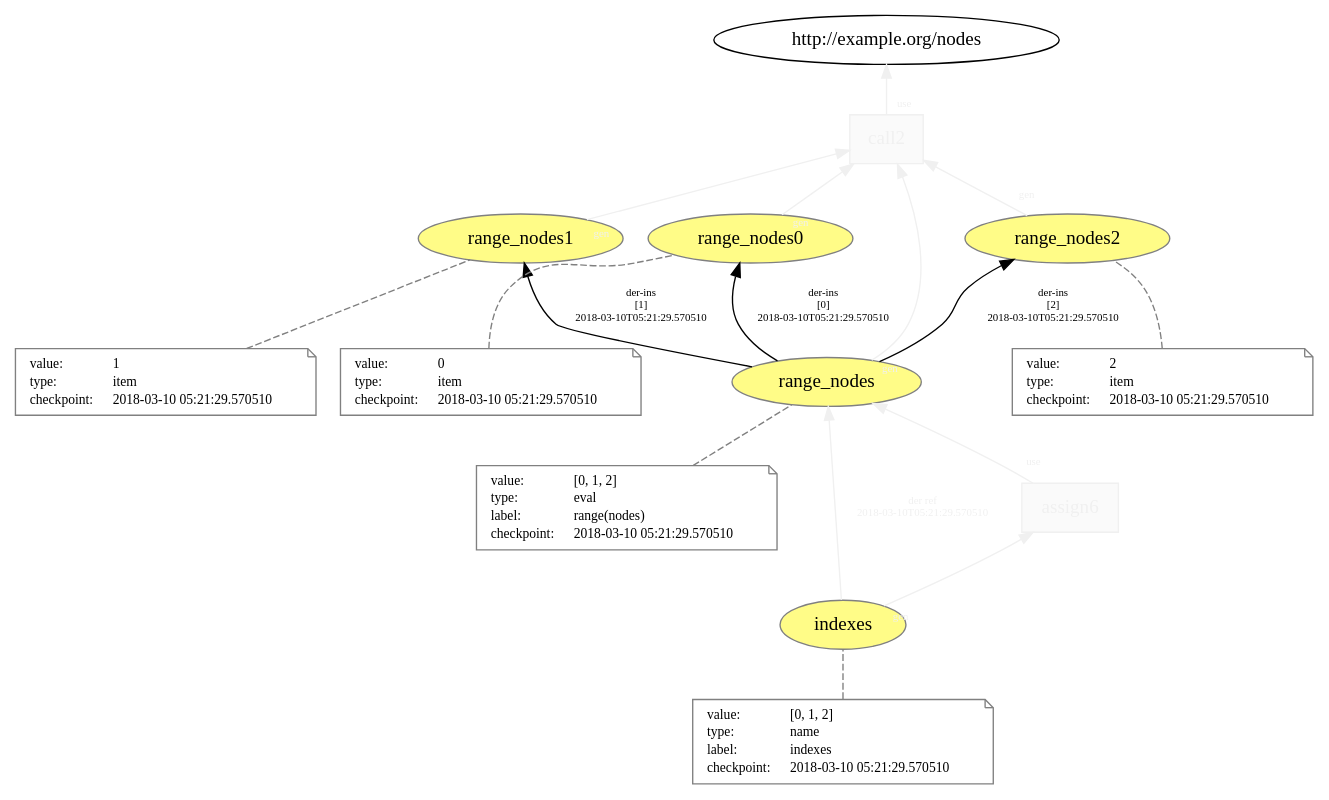
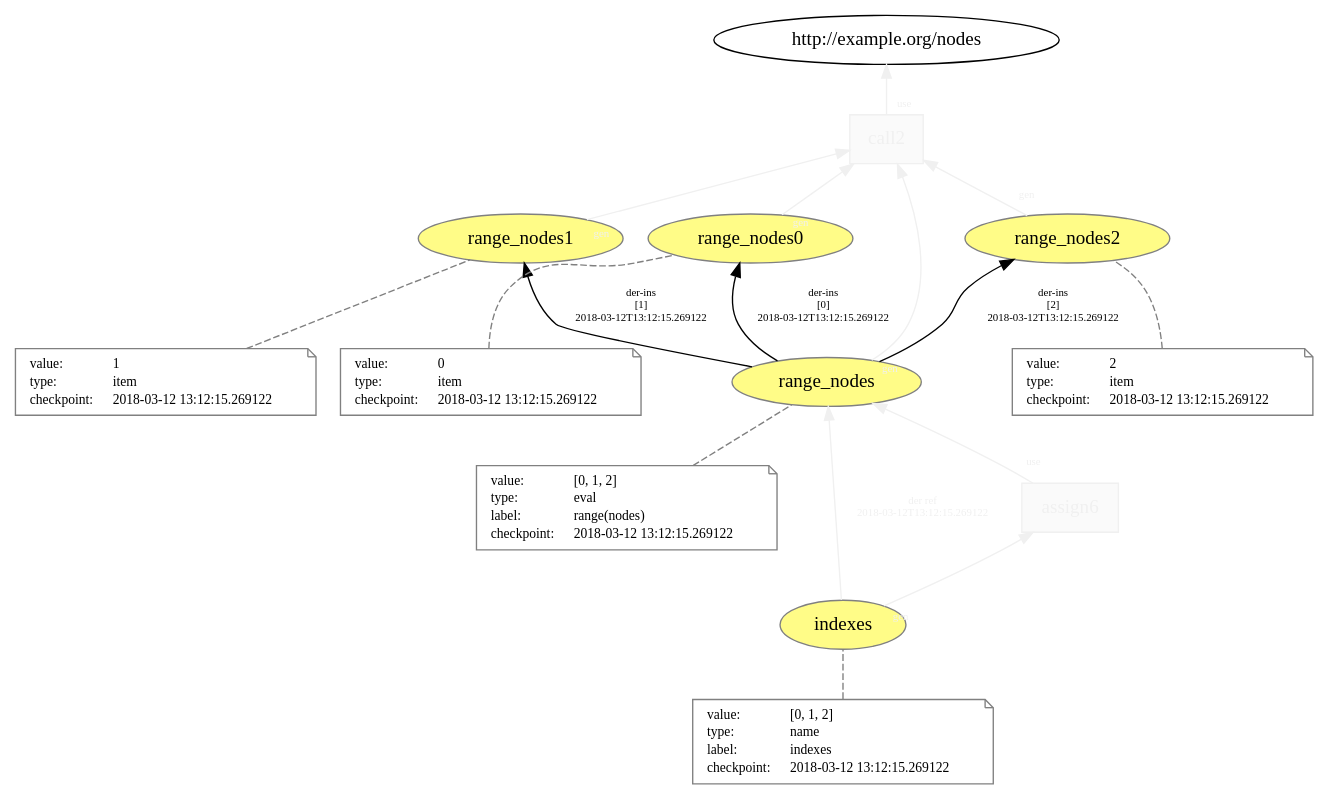
One commit to dew-uff/versioned-prov changed the diagram in generated/versioned_prov/temp/L11__func_call__list_assign.dot. Above: the diagram before and after it, drawn with Graphviz. The commit also changed 327 other files, not shown here.

```diff
--- a/generated/versioned_prov/temp/L11__func_call__list_assign.dot
+++ b/generated/versioned_prov/temp/L11__func_call__list_assign.dot
@@ -1,110 +1,110 @@
 digraph "PROV" { size="16,12"; rankdir="BT";
 "http://example.org/range_nodes" [fillcolor="#FFFC87",color="#808080",style="filled",label="range_nodes",URL="http://example.org/range_nodes"]
 "-attrs0" [color="gray",shape="note",fontsize="10",fontcolor="black",label=<<TABLE cellpadding="0" border="0">
 	<TR>
 	    <TD align="left">value:</TD>
 	    <TD align="left">[0, 1, 2]</TD>
 	</TR>
 	<TR>
 	    <TD align="left">type:</TD>
 	    <TD align="left">eval</TD>
 	</TR>
 	<TR>
 	    <TD align="left">label:</TD>
 	    <TD align="left">range(nodes)</TD>
 	</TR>
 	<TR>
 	    <TD align="left">checkpoint:</TD>
-	    <TD align="left">2018-03-10 05:21:29.570510</TD>
+	    <TD align="left">2018-03-12 13:12:15.269122</TD>
 	</TR>
 </TABLE>>]
 "-attrs0" -> "http://example.org/range_nodes" [color="gray",style="dashed",arrowhead="none"]
 "http://example.org/range_nodes0" [fillcolor="#FFFC87",color="#808080",style="filled",label="range_nodes0",URL="http://example.org/range_nodes0"]
 "-attrs1" [color="gray",shape="note",fontsize="10",fontcolor="black",label=<<TABLE cellpadding="0" border="0">
 	<TR>
 	    <TD align="left">value:</TD>
 	    <TD align="left">0</TD>
 	</TR>
 	<TR>
 	    <TD align="left">type:</TD>
 	    <TD align="left">item</TD>
 	</TR>
 	<TR>
 	    <TD align="left">checkpoint:</TD>
-	    <TD align="left">2018-03-10 05:21:29.570510</TD>
+	    <TD align="left">2018-03-12 13:12:15.269122</TD>
 	</TR>
 </TABLE>>]
 "-attrs1" -> "http://example.org/range_nodes0" [color="gray",style="dashed",arrowhead="none"]
 "http://example.org/range_nodes" -> "http://example.org/range_nodes0" [fontsize="8",distance="1.5",angle="60.0",rotation="20",label="der-ins
 [0]
-2018-03-10T05:21:29.570510"]
+2018-03-12T13:12:15.269122"]
 "http://example.org/range_nodes1" [fillcolor="#FFFC87",color="#808080",style="filled",label="range_nodes1",URL="http://example.org/range_nodes1"]
 "-attrs2" [color="gray",shape="note",fontsize="10",fontcolor="black",label=<<TABLE cellpadding="0" border="0">
 	<TR>
 	    <TD align="left">value:</TD>
 	    <TD align="left">1</TD>
 	</TR>
 	<TR>
 	    <TD align="left">type:</TD>
 	    <TD align="left">item</TD>
 	</TR>
 	<TR>
 	    <TD align="left">checkpoint:</TD>
-	    <TD align="left">2018-03-10 05:21:29.570510</TD>
+	    <TD align="left">2018-03-12 13:12:15.269122</TD>
 	</TR>
 </TABLE>>]
 "-attrs2" -> "http://example.org/range_nodes1" [color="gray",style="dashed",arrowhead="none"]
 "http://example.org/range_nodes" -> "http://example.org/range_nodes1" [fontsize="8",distance="1.5",angle="60.0",rotation="20",label="der-ins
 [1]
-2018-03-10T05:21:29.570510"]
+2018-03-12T13:12:15.269122"]
 "http://example.org/range_nodes2" [fillcolor="#FFFC87",color="#808080",style="filled",label="range_nodes2",URL="http://example.org/range_nodes2"]
 "-attrs3" [color="gray",shape="note",fontsize="10",fontcolor="black",label=<<TABLE cellpadding="0" border="0">
 	<TR>
 	    <TD align="left">value:</TD>
 	    <TD align="left">2</TD>
 	</TR>
 	<TR>
 	    <TD align="left">type:</TD>
 	    <TD align="left">item</TD>
 	</TR>
 	<TR>
 	    <TD align="left">checkpoint:</TD>
-	    <TD align="left">2018-03-10 05:21:29.570510</TD>
+	    <TD align="left">2018-03-12 13:12:15.269122</TD>
 	</TR>
 </TABLE>>]
 "-attrs3" -> "http://example.org/range_nodes2" [color="gray",style="dashed",arrowhead="none"]
 "http://example.org/range_nodes" -> "http://example.org/range_nodes2" [fontsize="8",distance="1.5",angle="60.0",rotation="20",label="der-ins
 [2]
-2018-03-10T05:21:29.570510"]
+2018-03-12T13:12:15.269122"]
 "http://example.org/call2" [fillcolor="#FAFAFA",color="#F0F0F0",shape="polygon",sides="4",style="filled",fontcolor="#F0F0F0",label="call2",URL="http://example.org/call2"]
 "http://example.org/call2" -> "http://example.org/nodes" [labelfontsize="8",labeldistance="1.5",labelangle="60.0",rotation="20",taillabel="use",fontcolor="#F0F0F0",color="#F0F0F0"]
 "http://example.org/range_nodes" -> "http://example.org/call2" [labelfontsize="8",labeldistance="1.5",labelangle="60.0",rotation="20",taillabel="gen",fontcolor="#F0F0F0",color="#F0F0F0"]
 "http://example.org/range_nodes0" -> "http://example.org/call2" [labelfontsize="8",labeldistance="1.5",labelangle="60.0",rotation="20",taillabel="gen",fontcolor="#F0F0F0",color="#F0F0F0"]
 "http://example.org/range_nodes1" -> "http://example.org/call2" [labelfontsize="8",labeldistance="1.5",labelangle="60.0",rotation="20",taillabel="gen",fontcolor="#F0F0F0",color="#F0F0F0"]
 "http://example.org/range_nodes2" -> "http://example.org/call2" [labelfontsize="8",labeldistance="1.5",labelangle="60.0",rotation="20",taillabel="gen",fontcolor="#F0F0F0",color="#F0F0F0"]
 "http://example.org/indexes" [fillcolor="#FFFC87",color="#808080",style="filled",label="indexes",URL="http://example.org/indexes"]
 "-attrs4" [color="gray",shape="note",fontsize="10",fontcolor="black",label=<<TABLE cellpadding="0" border="0">
 	<TR>
 	    <TD align="left">value:</TD>
 	    <TD align="left">[0, 1, 2]</TD>
 	</TR>
 	<TR>
 	    <TD align="left">type:</TD>
 	    <TD align="left">name</TD>
 	</TR>
 	<TR>
 	    <TD align="left">label:</TD>
 	    <TD align="left">indexes</TD>
 	</TR>
 	<TR>
 	    <TD align="left">checkpoint:</TD>
-	    <TD align="left">2018-03-10 05:21:29.570510</TD>
+	    <TD align="left">2018-03-12 13:12:15.269122</TD>
 	</TR>
 </TABLE>>]
 "-attrs4" -> "http://example.org/indexes" [color="gray",style="dashed",arrowhead="none"]
 "http://example.org/assign6" [fillcolor="#FAFAFA",color="#F0F0F0",shape="polygon",sides="4",style="filled",fontcolor="#F0F0F0",label="assign6",URL="http://example.org/assign6"]
 "http://example.org/indexes" -> "http://example.org/range_nodes" [fontsize="8",distance="1.5",angle="60.0",rotation="20",label="der ref
-2018-03-10T05:21:29.570510",fontcolor="#F0F0F0",color="#F0F0F0"]
+2018-03-12T13:12:15.269122",fontcolor="#F0F0F0",color="#F0F0F0"]
 "http://example.org/assign6" -> "http://example.org/range_nodes" [labelfontsize="8",labeldistance="1.5",labelangle="60.0",rotation="20",taillabel="use",fontcolor="#F0F0F0",color="#F0F0F0"]
 "http://example.org/indexes" -> "http://example.org/assign6" [labelfontsize="8",labeldistance="1.5",labelangle="60.0",rotation="20",taillabel="gen",fontcolor="#F0F0F0",color="#F0F0F0"]
 }
```
